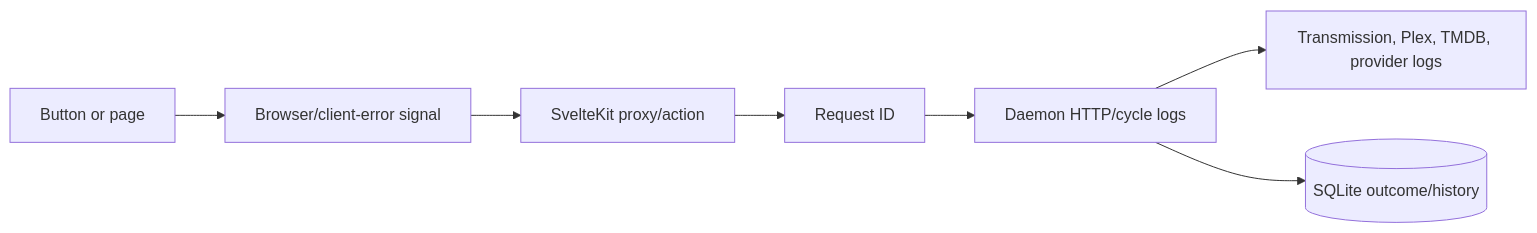
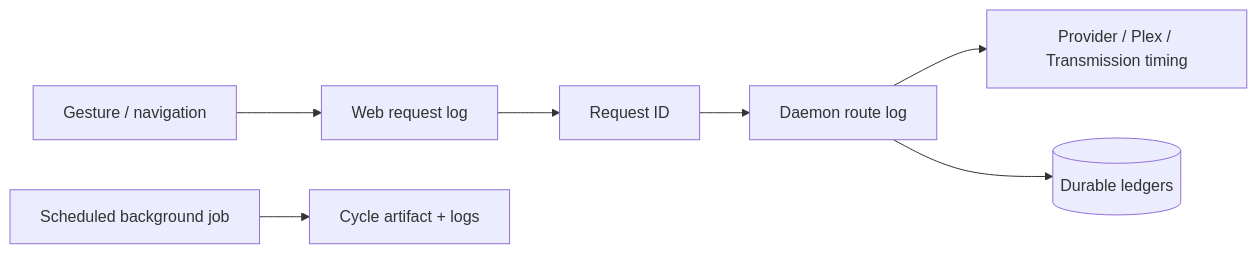
One commit to cesarnml/pirate-claw-for-dummies changed the diagram in src/content/docs/operations/observability-and-debugging.md. Above: the diagram before and after it, drawn with Mermaid. The commit also changed other lines of this file and 111 other files, not shown here.

Commit message:
docs: rewrite Pirate Claw architecture guide

````diff
--- a/src/content/docs/operations/observability-and-debugging.md
+++ b/src/content/docs/operations/observability-and-debugging.md
@@ -19,9 +22,9 @@
 ```mermaid
 flowchart LR
-  UI[Button or page] --> WebLog[Browser/client-error signal]
-  WebLog --> Web[SvelteKit proxy/action]
-  Web --> RequestID[Request ID]
-  RequestID --> DaemonLog[Daemon HTTP/cycle logs]
-  DaemonLog --> External[Transmission, Plex, TMDB, provider logs]
-  DaemonLog --> Ledger[(SQLite outcome/history)]
+  UI[Gesture / navigation] --> WEB[Web request log]
+  WEB --> RID[Request ID]
+  RID --> API[Daemon route log]
+  API --> OUT[Provider / Plex / Transmission timing]
+  API --> DB[(Durable ledgers)]
+  BG[Scheduled background job] --> CYCLE[Cycle artifact + logs]
 ```
````
